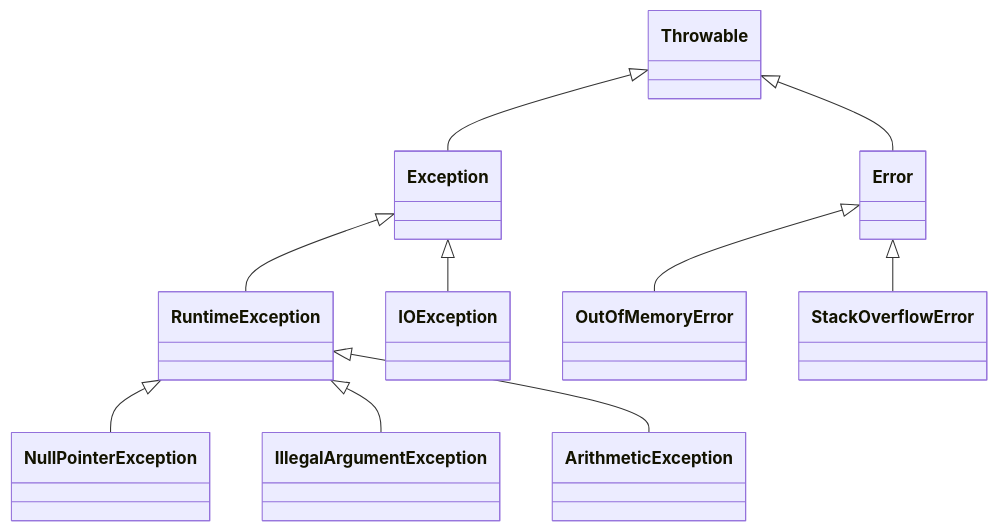
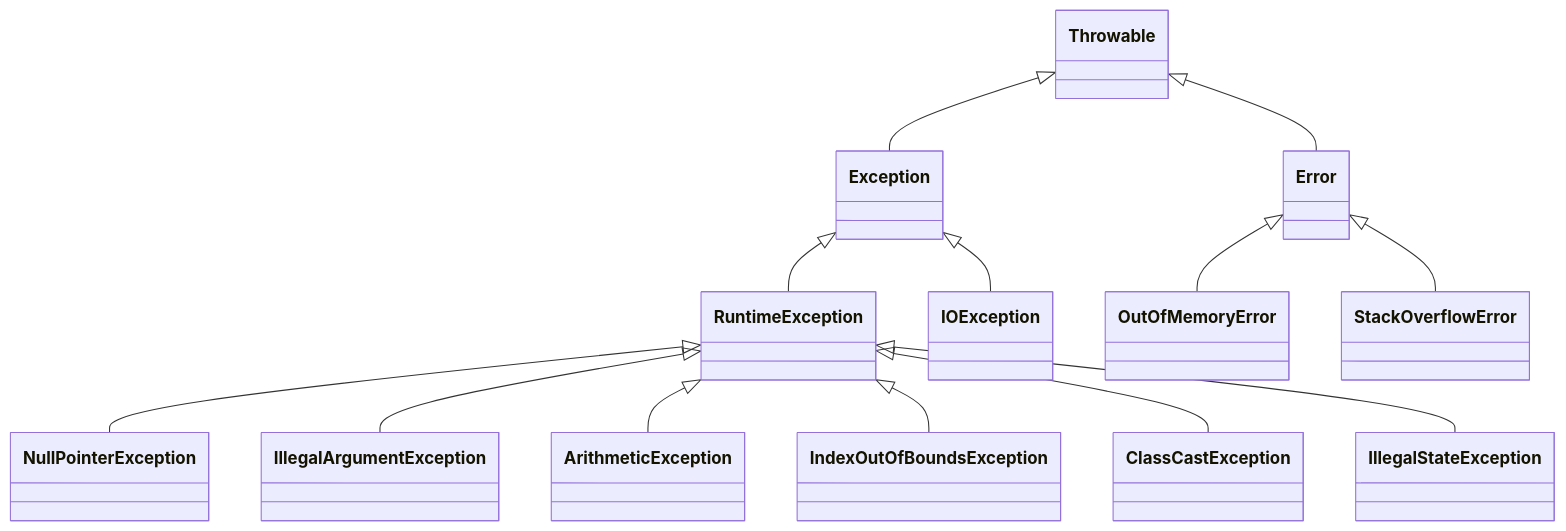
One commit to MirosMax/Java changed the diagram in 08. Исключения и обработка ошибок.md. Above: the diagram before and after it, drawn with Mermaid. The commit also changed other lines of this file, not shown here.

````diff
--- a/08. Исключения и обработка ошибок.md
+++ b/08. Исключения и обработка ошибок.md
@@ -24,12 +25,15 @@
 ```mermaid
 classDiagram
     Throwable <|-- Error
     Throwable <|-- Exception
     Exception <|-- RuntimeException
     Exception <|-- IOException
     RuntimeException <|-- NullPointerException
     RuntimeException <|-- IllegalArgumentException
     RuntimeException <|-- ArithmeticException
+    RuntimeException <|-- IndexOutOfBoundsException
+    RuntimeException <|-- ClassCastException
+    RuntimeException <|-- IllegalStateException
     Error <|-- OutOfMemoryError
     Error <|-- StackOverflowError
 ```
````
